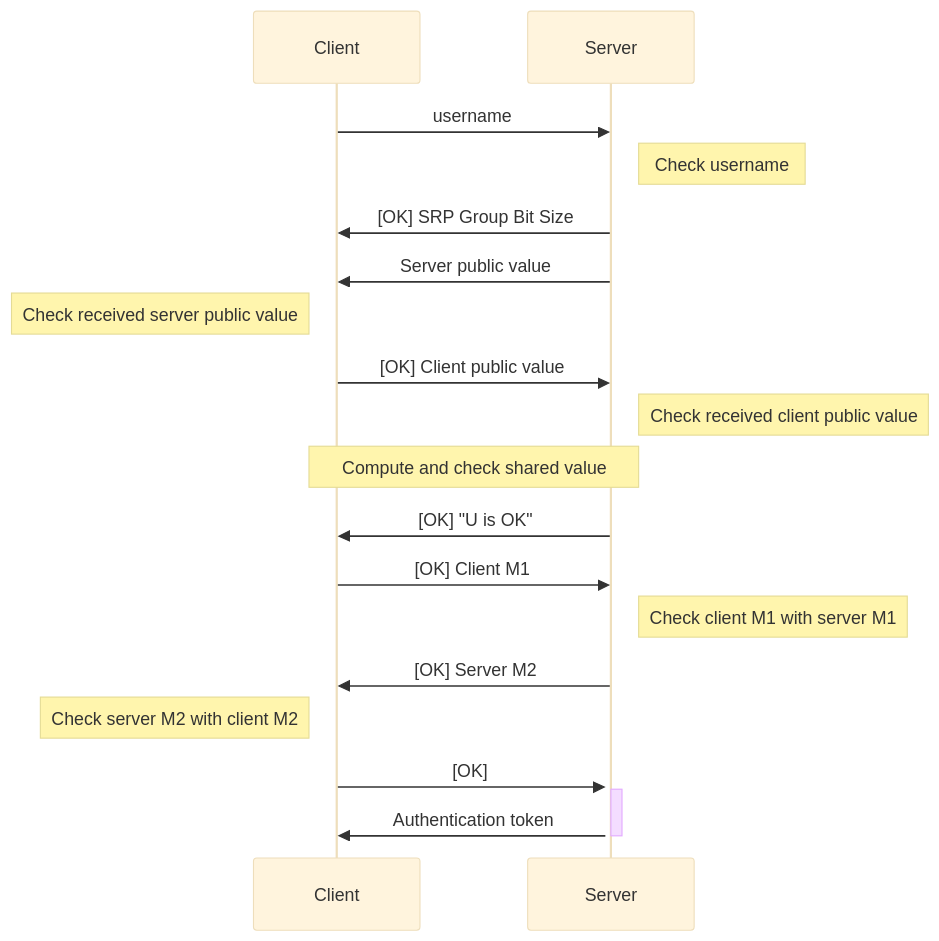
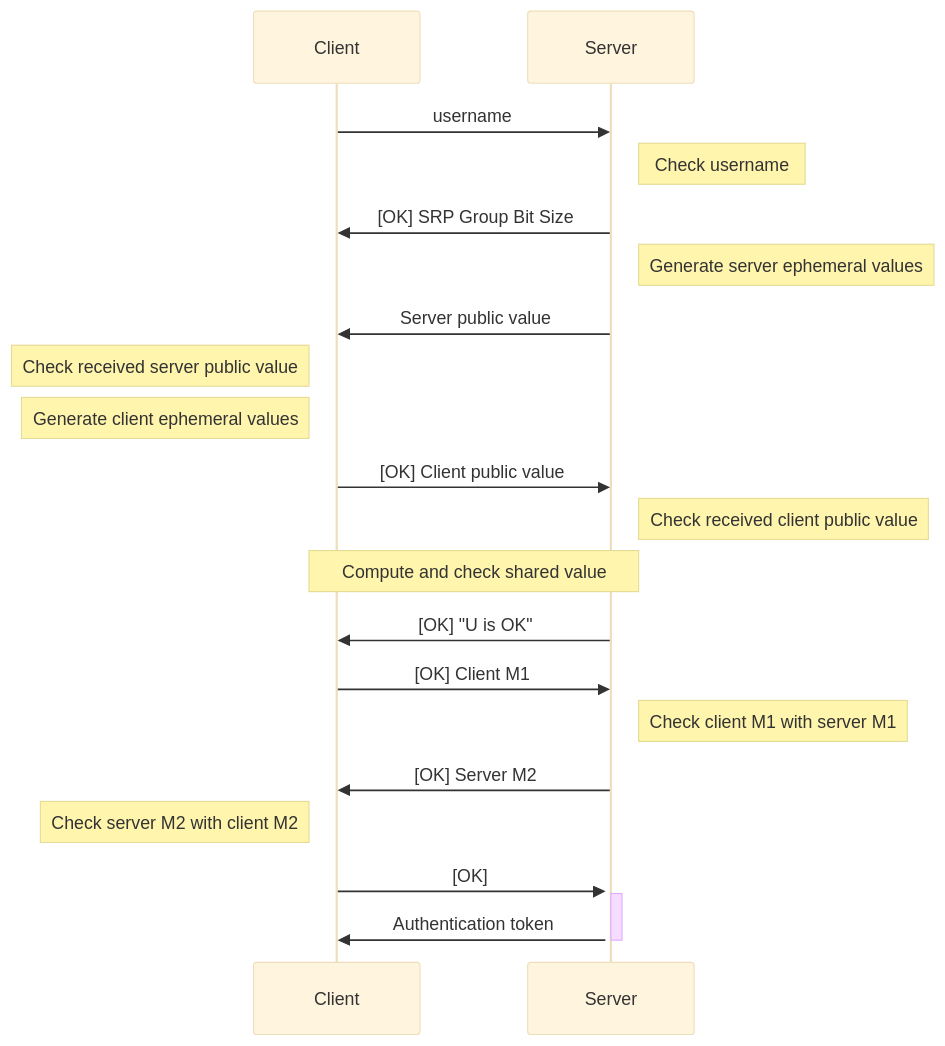
One commit to PhotonicGluon/Excalibur changed the diagram in website/docs/dev/03-authentication.md. Above: the diagram before and after it, drawn with Mermaid (base theme). The commit also changed other lines of this file and 3 other files, not shown here.

````diff
--- a/website/docs/dev/03-authentication.md
+++ b/website/docs/dev/03-authentication.md
@@ -11,22 +11,24 @@
 ```mermaid
 sequenceDiagram
     participant C as Client
     participant S as Server
 
     C->>S: username
     Note right of S: Check username
     S->>C: [OK] SRP Group Bit Size
+    Note right of S: Generate server ephemeral values
     S->>C: Server public value
     Note left of C: Check received server public value
+    Note left of C: Generate client ephemeral values
     C->>S: [OK] Client public value
     Note right of S: Check received client public value
     Note over C,S: Compute and check shared value
     S->>C: [OK] "U is OK"
     C->>S: [OK] Client M1
     Note right of S: Check client M1 with server M1
     S->>C: [OK] Server M2
     Note left of C: Check server M2 with client M2
     C->>+S: [OK]
     activate S
     S->>-C: Authentication token
 ```
````
